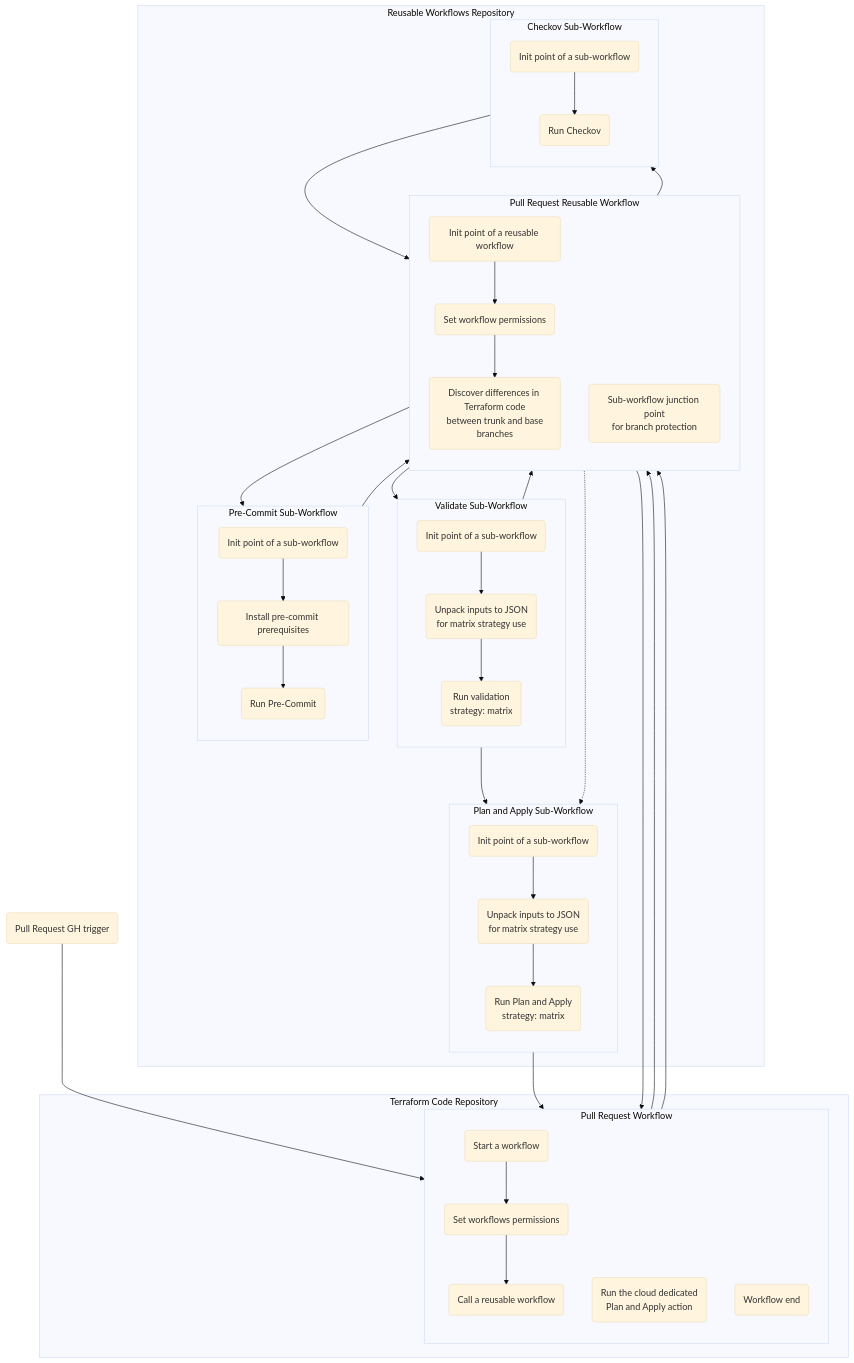
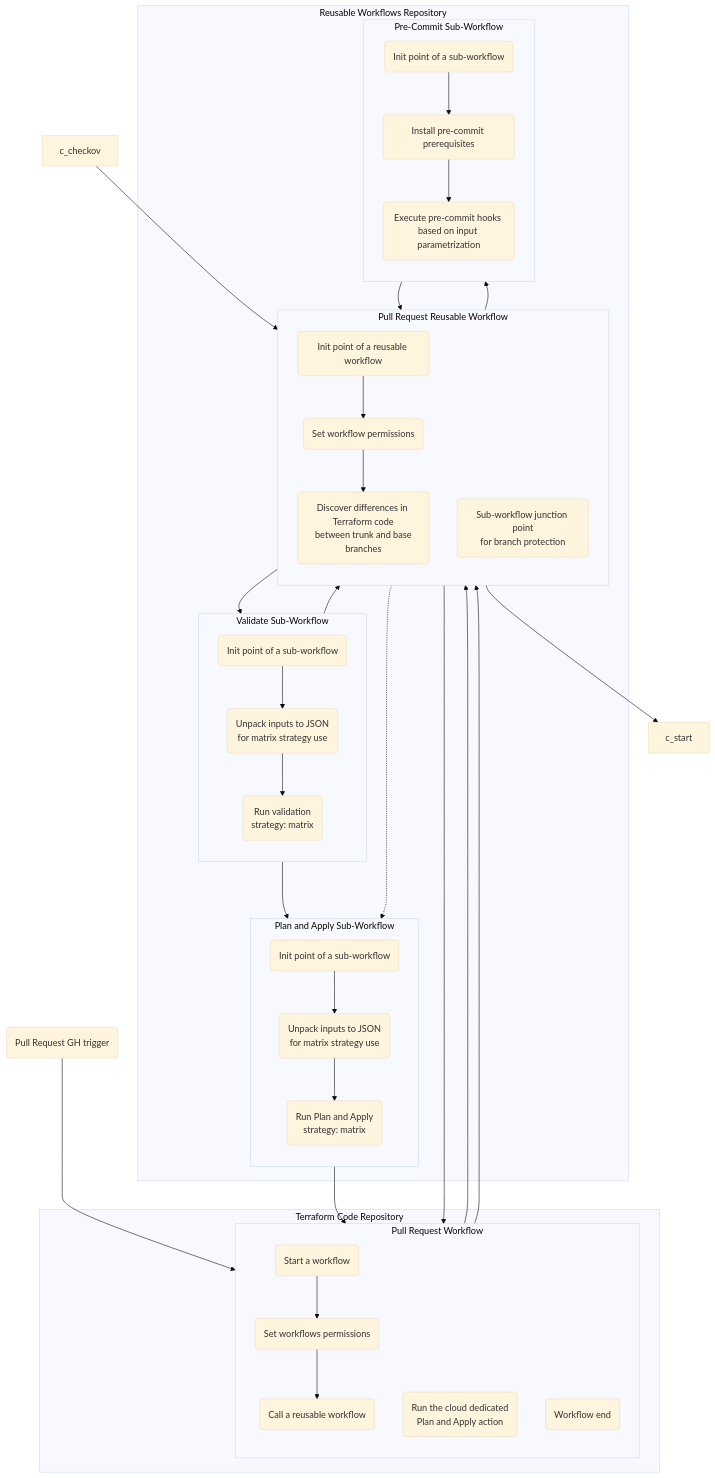
Before and after one commit to PaloAltoNetworks/terraform-modules-swfw-ci-workflows: the second of 2 diagrams in README.md, drawn with Mermaid (base theme). The commit also changed 10 other files, not shown here.

Commit message:
feat(pre-commit): Pre commit parametrisation - cont (#14)

````diff
--- a/README.md
+++ b/README.md
@@ -42,55 +42,51 @@
 ```mermaid
 flowchart
   trig(Pull Request GH trigger) --> t_start
   subgraph Terraform Code Repository
     subgraph T [Pull Request Workflow]
         direction TB
         t_start(Start a workflow)-->t_init(Set workflows permissions)
         t_init-->t_call(Call a reusable workflow)
         t_apply_action(Run the cloud dedicated\nPlan and Apply action)
         t_stop(Workflow end)
     end
   end
   subgraph Reusable Workflows Repository
     subgraph G [Pull Request Reusable Workflow]
         direction TB
         g_start(Init point of a reusable workflow)-->g_init(Set workflow permissions)
         g_init-->g_diff(Discover differences in Terraform code\n between trunk and base branches)
         g_junction(Sub-workflow junction point\nfor branch protection)
     end
     subgraph V [Validate Sub-Workflow]
         direction TB
         v_start(Init point of a sub-workflow)-->v_unpack(Unpack inputs to JSON\nfor matrix strategy use)
         v_unpack-->v_validate(Run validation\nstrategy: matrix)
     end
     subgraph A [Plan and Apply Sub-Workflow]
         direction TB
         a_start(Init point of a sub-workflow)-->a_unpack(Unpack inputs to JSON\nfor matrix strategy use)
         a_unpack-->a_apply(Run Plan and Apply\nstrategy: matrix)
     end
     subgraph P [Pre-Commit Sub-Workflow]
         direction TB
         p_start(Init point of a sub-workflow)-->p_prereq(Install pre-commit prerequisites)
-        p_prereq-->p_pre_commit(Run Pre-Commit)
-    end
-    subgraph C [Checkov Sub-Workflow]
-        direction TB
-        c_start(Init point of a sub-workflow)-->c_checkov(Run Checkov)
+        p_prereq-->p_pre_commit(Execute pre-commit hooks based on input parametrization)
     end
   end
   t_call-->g_start
   g_diff-->v_start
   g_diff-...->a_start
   g_init-->p_start
   g_init-->c_start
 
   v_validate-->a_start
 
   a_apply-->t_apply_action
 
   t_apply_action-->g_junction
   p_pre_commit-->g_junction
   c_checkov-->g_junction
   v_validate-->g_junction
   g_junction-->t_stop
 ```
````
